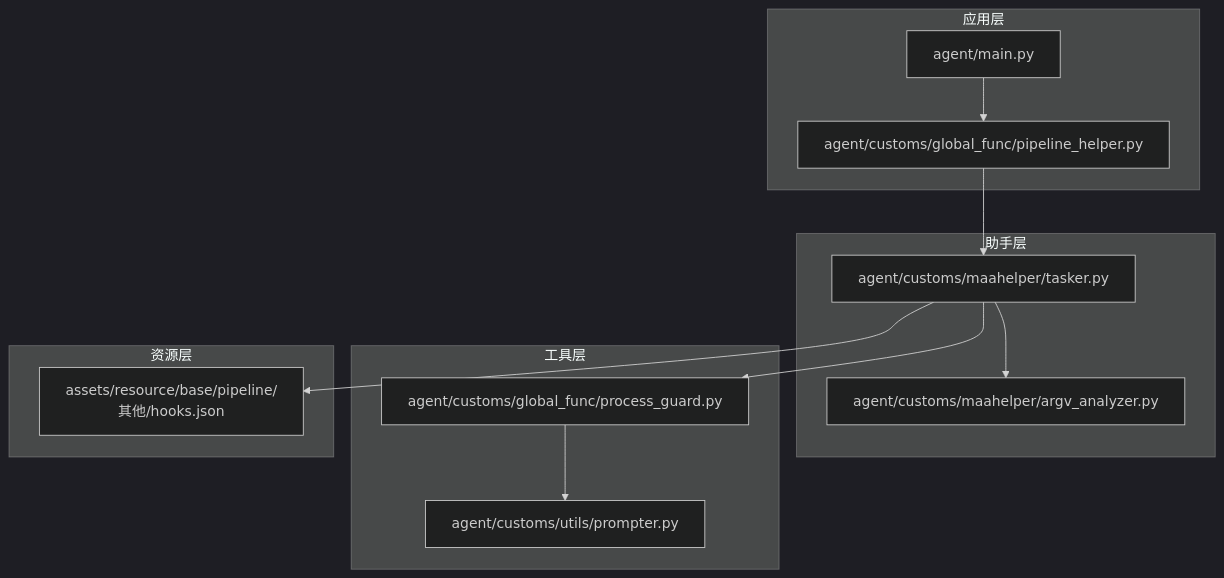
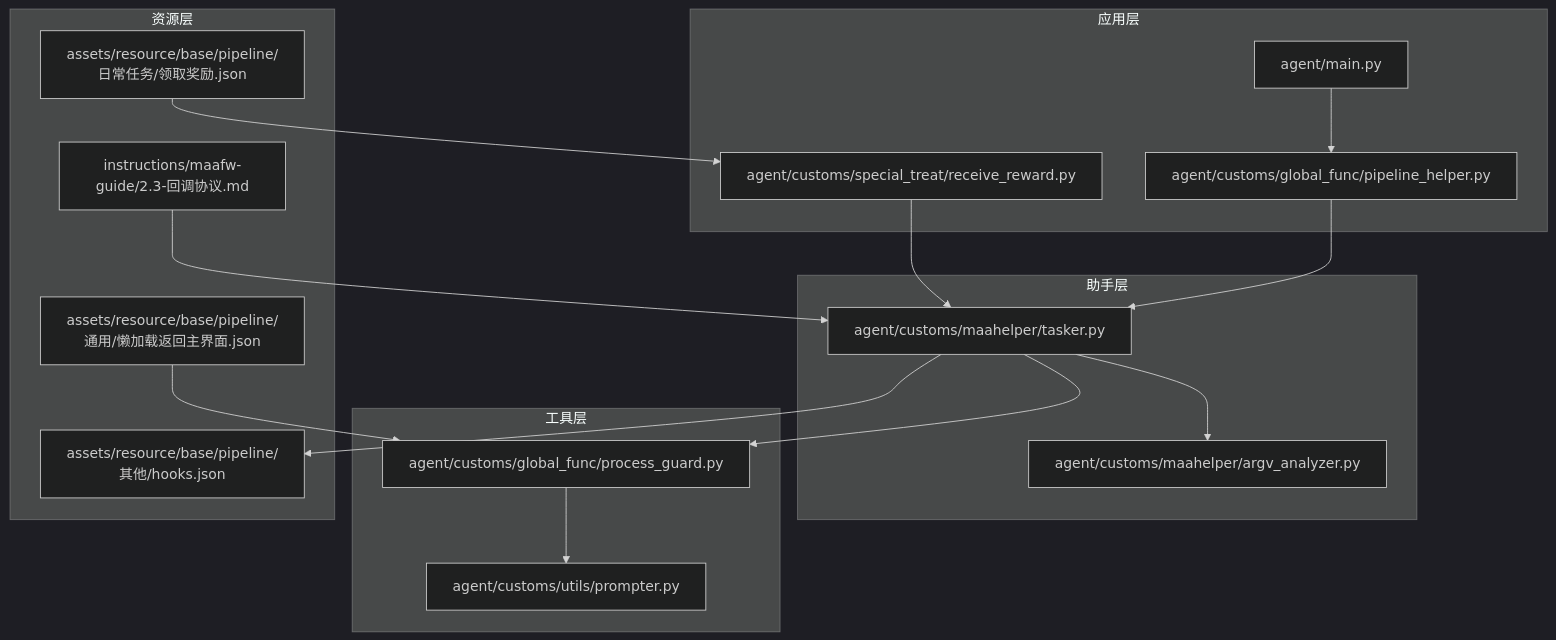
The first of 6 diagrams in .qoder/repowiki/zh/content/系统架构与设计/任务流水线架构/流水线执行引擎机制/终止条件与错误处理.md (kqcoxn/MaaDuDuL), drawn with Mermaid (dark theme) before and after one commit. The commit also changed other lines of this file and 9 other files, not shown here.

````diff
--- a/.qoder/repowiki/zh/content/系统架构与设计/任务流水线架构/流水线执行引擎机制/终止条件与错误处理.md
+++ b/.qoder/repowiki/zh/content/系统架构与设计/任务流水线架构/流水线执行引擎机制/终止条件与错误处理.md
@@ -38,24 +51,32 @@
 ```mermaid
 graph TB
 subgraph "应用层"
 Main[agent/main.py]
+ReceiveReward[agent/customs/special_treat/receive_reward.py]
 PipelineHelper[agent/customs/global_func/pipeline_helper.py]
 end
 subgraph "助手层"
 Tasker[agent/customs/maahelper/tasker.py]
 ArgvAnalyzer[agent/customs/maahelper/argv_analyzer.py]
 end
 subgraph "工具层"
 Prompter[agent/customs/utils/prompter.py]
 ProcessGuard[agent/customs/global_func/process_guard.py]
 end
 subgraph "资源层"
 Hooks[assets/resource/base/pipeline/其他/hooks.json]
+DailyReward[assets/resource/base/pipeline/日常任务/领取奖励.json]
+LazyLoad[assets/resource/base/pipeline/通用/懒加载返回主界面.json]
+Callback[instructions/maafw-guide/2.3-回调协议.md]
 end
 Main --> PipelineHelper
 PipelineHelper --> Tasker
 Tasker --> ProcessGuard
 Tasker --> ArgvAnalyzer
 Tasker --> Hooks
 ProcessGuard --> Prompter
+ReceiveReward --> Tasker
+DailyReward --> ReceiveReward
+LazyLoad --> ProcessGuard
+Callback --> Tasker
 ```
````
